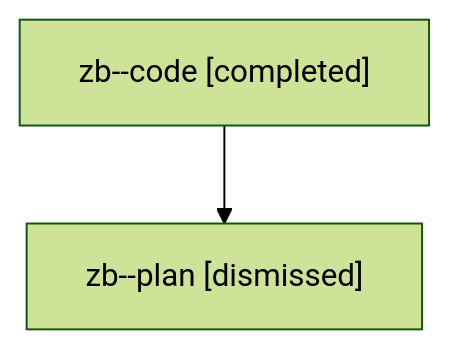
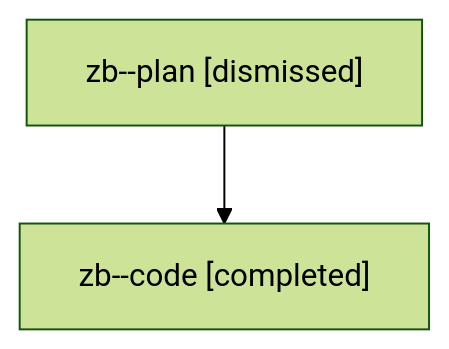
The diagram in families/bbugyi200.athena.zb.md (bobs-org/bob-cli--agents), drawn with Mermaid (forest theme) before and after one commit. The commit also changed 248 other files, not shown here.

````diff
--- a/families/bbugyi200.athena.zb.md
+++ b/families/bbugyi200.athena.zb.md
@@ -9,6 +9,6 @@
 ```mermaid
 flowchart TD
-  n0["zb--code [completed]"]
-  n1["zb--plan [dismissed]"]
+  n0["zb--plan [dismissed]"]
+  n1["zb--code [completed]"]
   n0 --> n1
 ```
````
